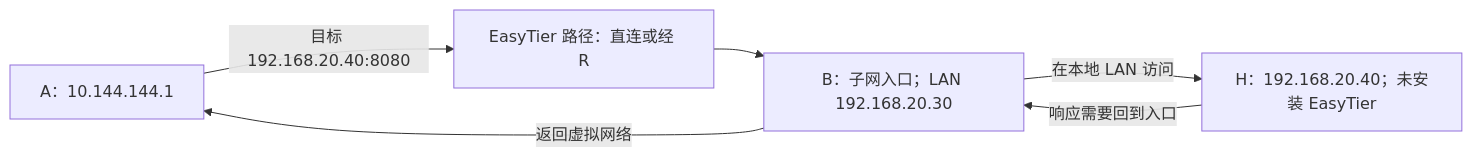
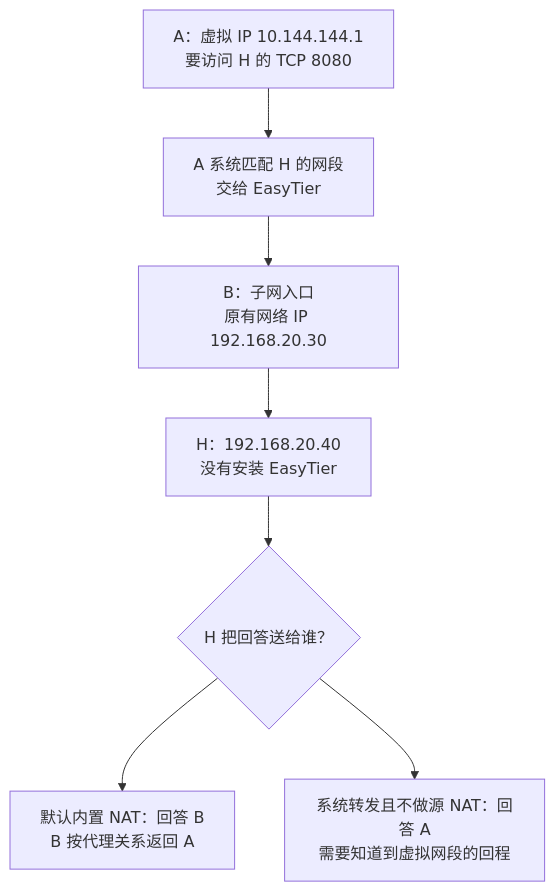
Before and after one commit to sonofmagic/easytier-docs: the diagram in apps/website/chapters/16-subnet-proxy.md, drawn with Mermaid. The commit also changed other lines of this file and 59 other files, not shown here.

Commit message:
docs: rebuild EasyTier course for network beginners

````diff
--- a/apps/website/chapters/16-subnet-proxy.md
+++ b/apps/website/chapters/16-subnet-proxy.md
@@ -22,8 +34,9 @@
 ```mermaid
-flowchart LR
-  A["A：10.144.144.1"] -->|"目标 192.168.20.40:8080"| ET["EasyTier 路径：直连或经 R"]
-  ET --> B["B：子网入口；LAN 192.168.20.30"]
-  B -->|"在本地 LAN 访问"| H["H：192.168.20.40；未安装 EasyTier"]
-  H -->|"响应需要回到入口"| B
-  B -->|"返回虚拟网络"| A
+flowchart TD
+  A["A：虚拟 IP 10.144.144.1<br/>要访问 H 的 TCP 8080"] --> Route["A 系统匹配 H 的网段<br/>交给 EasyTier"]
+  Route --> B["B：子网入口<br/>原有网络 IP 192.168.20.30"]
+  B --> H["H：192.168.20.40<br/>没有安装 EasyTier"]
+  H --> Choice{"H 把回答送给谁？"}
+  Choice --> Nat["默认内置 NAT：回答 B<br/>B 按代理关系返回 A"]
+  Choice --> System["系统转发且不做源 NAT：回答 A<br/>需要知道到虚拟网段的回程"]
 ```
````
